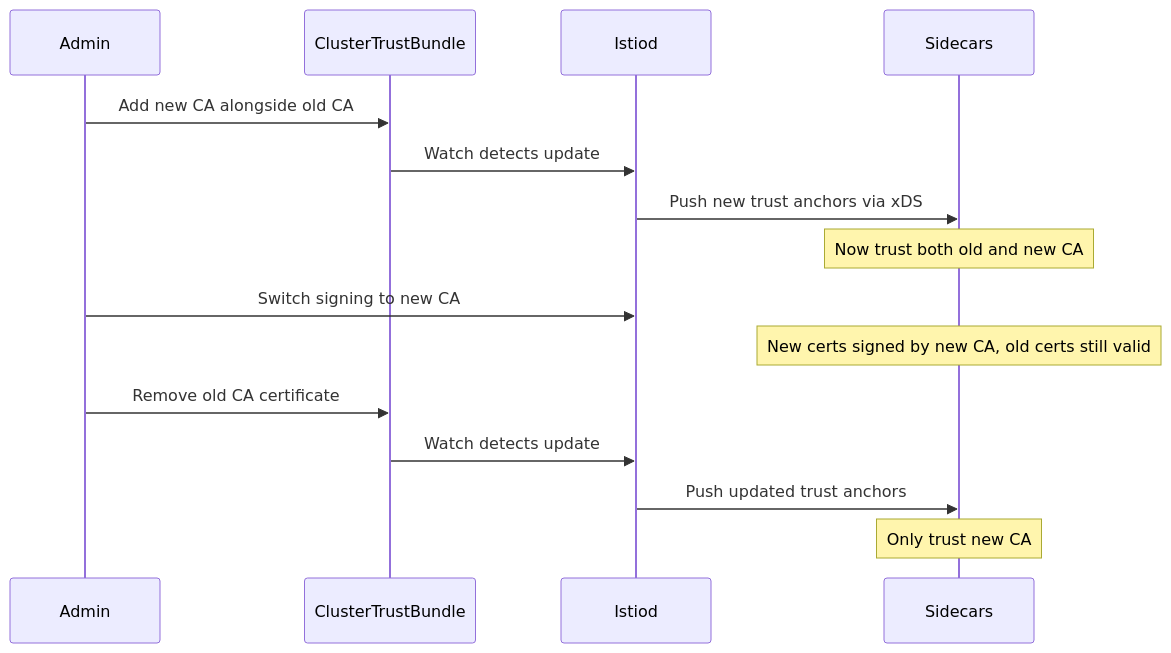
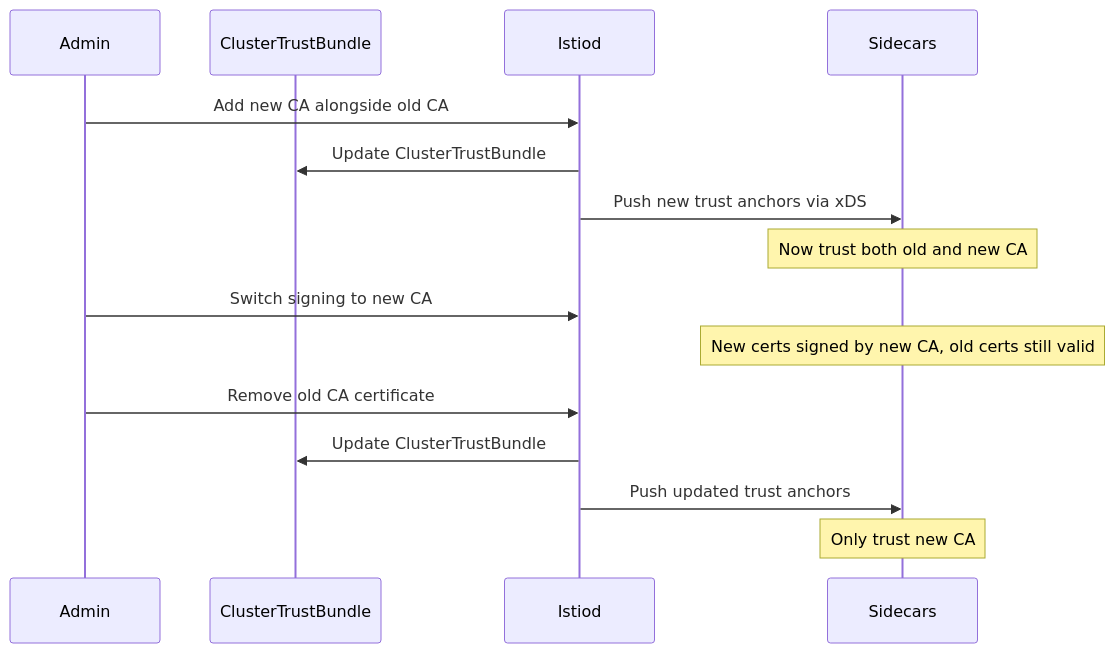
The diagram in posts/2026-02-24-how-to-use-clustertrustbundle-with-istio/README.md (OneUptime/blog), drawn with Mermaid before and after one commit. The commit also changed other lines of this file and 2 other files, not shown here.

````diff
--- a/posts/2026-02-24-how-to-use-clustertrustbundle-with-istio/README.md
+++ b/posts/2026-02-24-how-to-use-clustertrustbundle-with-istio/README.md
@@ -153,18 +148,18 @@
 ```mermaid
 sequenceDiagram
     participant Admin
     participant CTB as ClusterTrustBundle
     participant Istiod
     participant Sidecars
 
-    Admin->>CTB: Add new CA alongside old CA
-    CTB->>Istiod: Watch detects update
+    Admin->>Istiod: Add new CA alongside old CA
+    Istiod->>CTB: Update ClusterTrustBundle
     Istiod->>Sidecars: Push new trust anchors via xDS
     Note over Sidecars: Now trust both old and new CA
     Admin->>Istiod: Switch signing to new CA
     Note over Sidecars: New certs signed by new CA, old certs still valid
-    Admin->>CTB: Remove old CA certificate
-    CTB->>Istiod: Watch detects update
+    Admin->>Istiod: Remove old CA certificate
+    Istiod->>CTB: Update ClusterTrustBundle
     Istiod->>Sidecars: Push updated trust anchors
     Note over Sidecars: Only trust new CA
 ```
````
